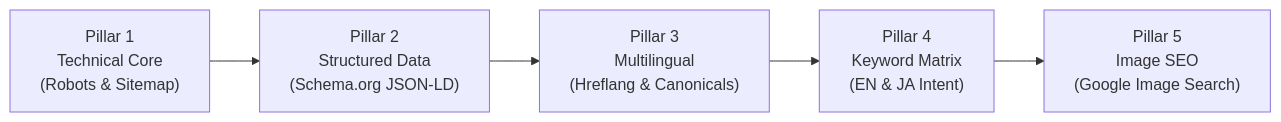
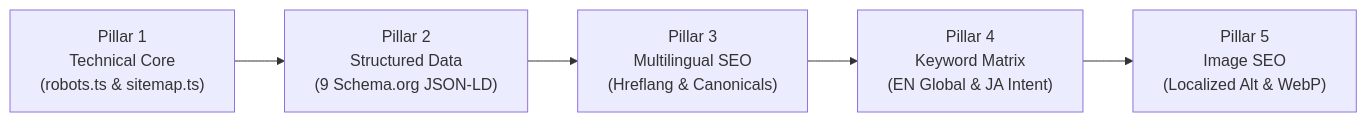
The second of 2 diagrams in README.md (ikisakitours/ikisakitours), drawn with Mermaid before and after one commit. The commit also changed other lines of this file and 85 other files, not shown here.

````diff
--- a/README.md
+++ b/README.md
@@ -101,7 +124,7 @@
 ```mermaid
 flowchart LR
-    A["Pillar 1<br/>Technical Core<br/>(Robots & Sitemap)"] --> B["Pillar 2<br/>Structured Data<br/>(Schema.org JSON-LD)"]
-    B --> C["Pillar 3<br/>Multilingual<br/>(Hreflang & Canonicals)"]
-    C --> D["Pillar 4<br/>Keyword Matrix<br/>(EN & JA Intent)"]
-    D --> E["Pillar 5<br/>Image SEO<br/>(Google Image Search)"]
+  P1["Pillar 1<br/>Technical Core<br/>(robots.ts & sitemap.ts)"] --> P2["Pillar 2<br/>Structured Data<br/>(9 Schema.org JSON-LD)"]
+  P2 --> P3["Pillar 3<br/>Multilingual SEO<br/>(Hreflang & Canonicals)"]
+  P3 --> P4["Pillar 4<br/>Keyword Matrix<br/>(EN Global & JA Intent)"]
+  P4 --> P5["Pillar 5<br/>Image SEO<br/>(Localized Alt & WebP)"]
 ```
````
